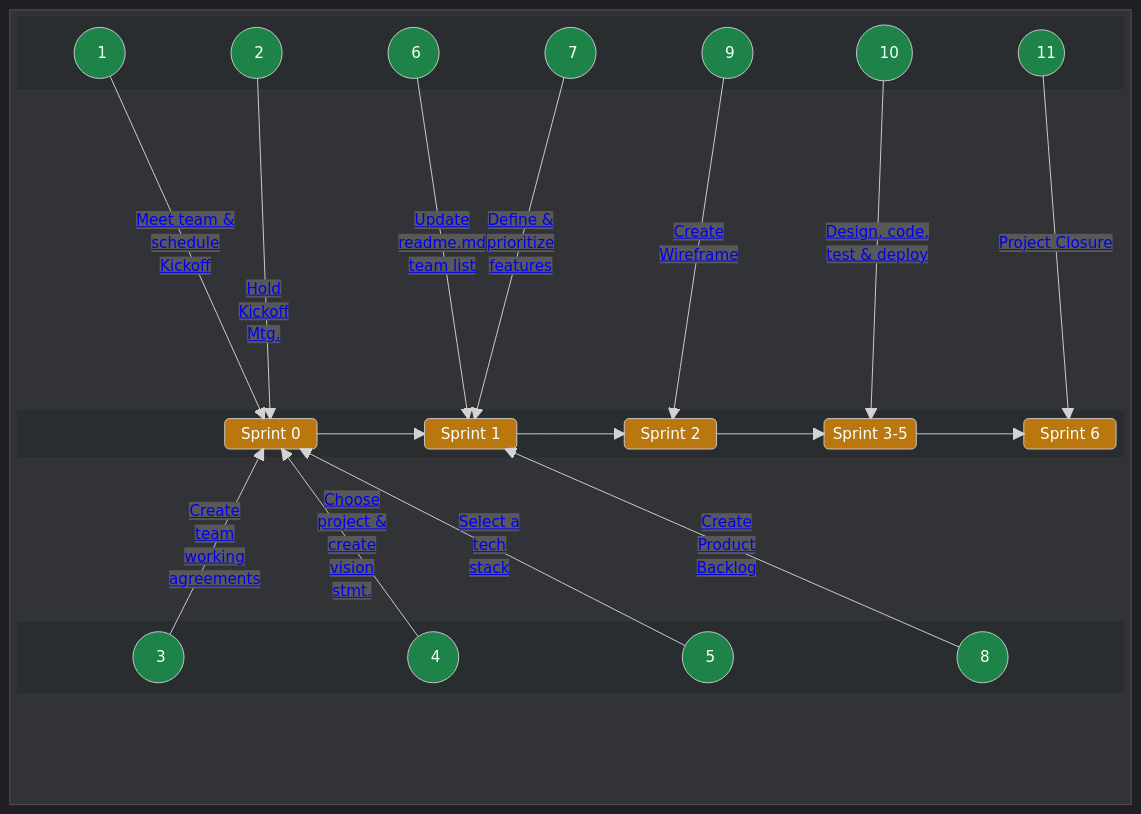
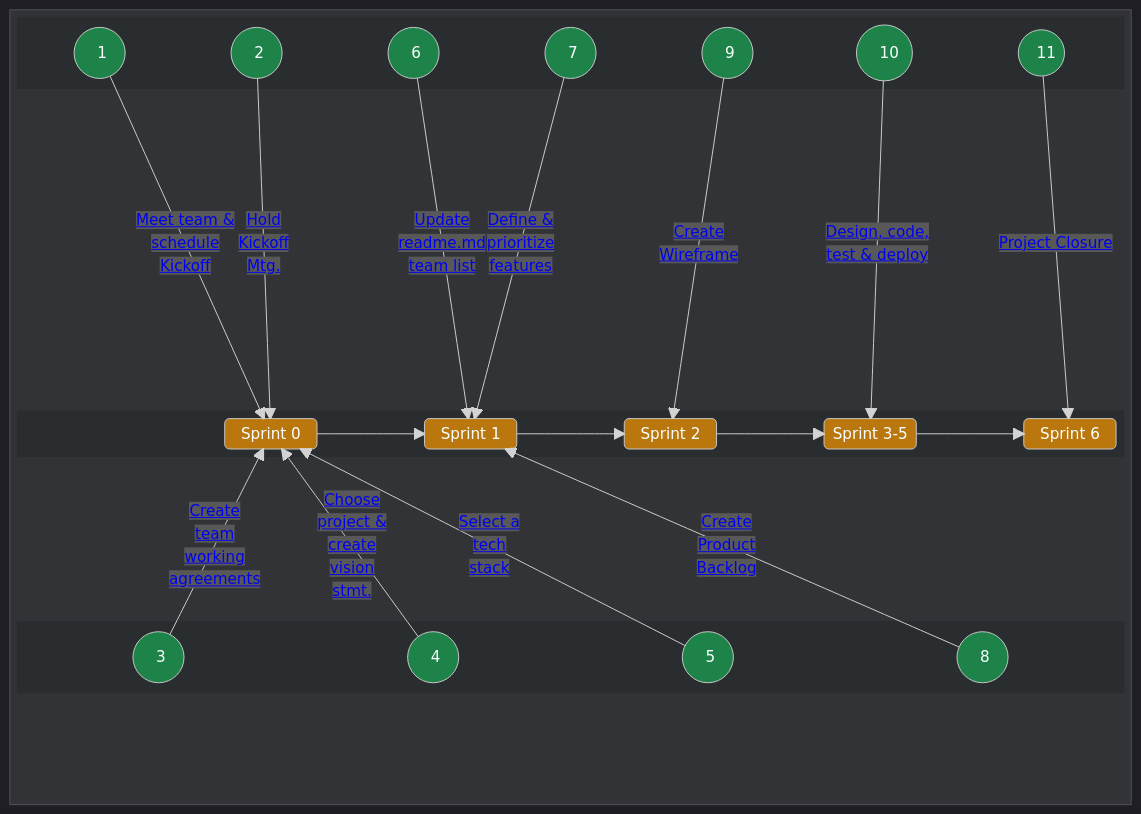
One commit to chingu-voyages/Handbook changed the first of 2 diagrams in docs/guides/voyage/voyage.md. Above: the diagram before and after it, drawn with Mermaid.

Commit message:
Feature: Update sprint diagram task ordering

```diff
--- a/docs/guides/voyage/voyage.md
+++ b/docs/guides/voyage/voyage.md
@@ -109,7 +109,7 @@
       space
 
       A1 -- "<a href="https://github.com/chingu-voyages/Handbook/blob/main/docs/guides/voyage/voyage.md#1-meet-your-team--schedule-kickoff-meeting-">Meet team &</br>schedule</br>Kickoff</a>" --> SPRINT0
-      A2 -- "</br></br></br></br></br></br><a href="https://github.com/chingu-voyages/Handbook/blob/main/docs/guides/voyage/voyage.md#2-conduct-kickoff-meeting-">Hold</br>Kickoff</br>Mtg.</a>" --> SPRINT0
+      A2 -- "<a href="https://github.com/chingu-voyages/Handbook/blob/main/docs/guides/voyage/voyage.md#2-conduct-kickoff-meeting-">Hold</br>Kickoff</br>Mtg.</a>" --> SPRINT0
       A3 -- "<a href="https://github.com/chingu-voyages/Handbook/blob/main/docs/guides/voyage/voyage.md#3-setup-your-teams-working-agreements-">Create</br>team</br>working</br>agreements</a>" --> SPRINT0
       A4 -- "<a href="https://github.com/chingu-voyages/Handbook/blob/main/docs/guides/voyage/voyage.md#4-choose-a-project--create-a-vision-statement-">Choose</br>project &</br>create</br>vision</br>stmt.</a>" --> SPRINT0
       A5 -- "<a href="https://github.com/chingu-voyages/Handbook/blob/main/docs/guides/voyage/voyage.md#5-select-a-tech-stack">Select a</br>tech</br>stack</a>" --> SPRINT0
```
